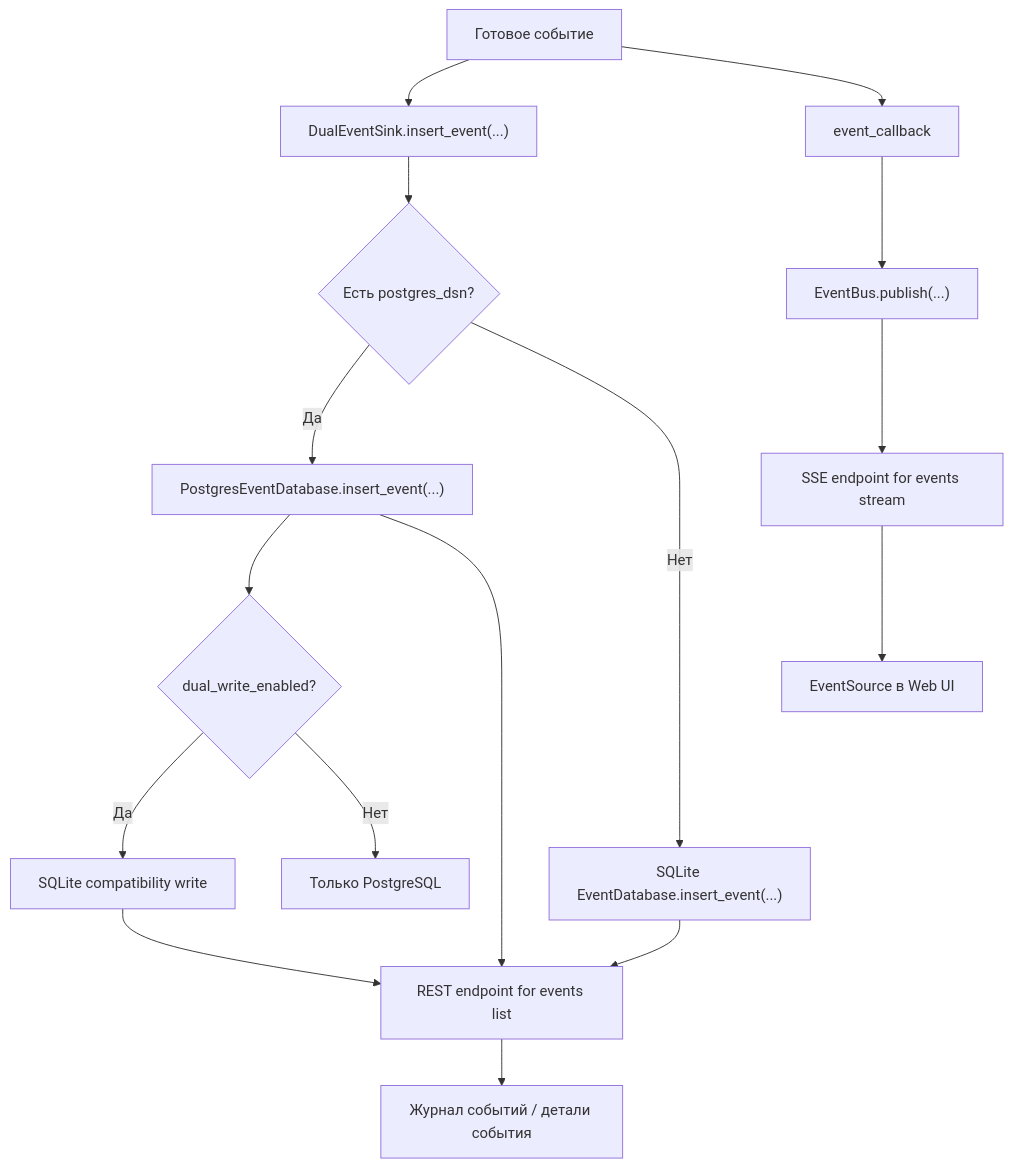
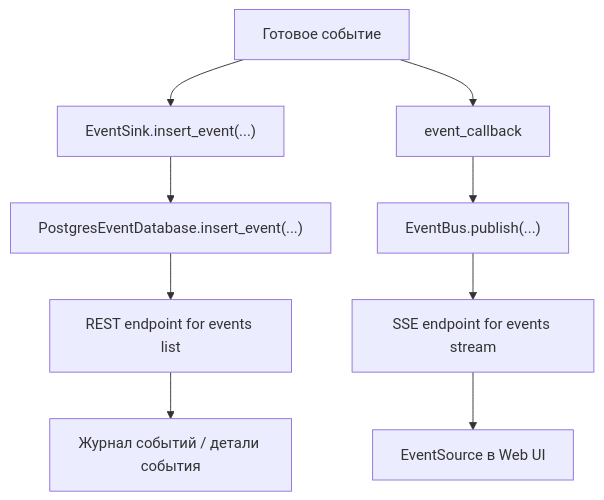
One commit to quick-1y/ANPR-System-v0.8 changed the fourth of 6 diagrams in README.md. Above: the diagram before and after it, drawn with Mermaid. The commit also changed other lines of this file and 18 other files, not shown here.

Commit message:
PostgreSQL-only cleanup: remove SQLite and harden runtime degradation

````diff
--- a/README.md
+++ b/README.md
@@ -211,21 +207,13 @@
 ```mermaid
 flowchart TD
-    A["Готовое событие"] --> B["DualEventSink.insert_event(...)"]
-
-    B --> C{"Есть postgres_dsn?"}
-    C -->|Да| D["PostgresEventDatabase.insert_event(...)"]
-    D --> E{"dual_write_enabled?"}
-    E -->|Да| F["SQLite compatibility write"]
-    E -->|Нет| G["Только PostgreSQL"]
-    C -->|Нет| H["SQLite EventDatabase.insert_event(...)"]
+    A["Готовое событие"] --> B["EventSink.insert_event(...)"]
+    B --> D["PostgresEventDatabase.insert_event(...)"]
 
     A --> I["event_callback"]
     I --> J["EventBus.publish(...)"]
     J --> K["SSE endpoint for events stream"]
     K --> L["EventSource в Web UI"]
 
     D --> M["REST endpoint for events list"]
-    F --> M
-    H --> M
     M --> N["Журнал событий / детали события"]
 ```
````
